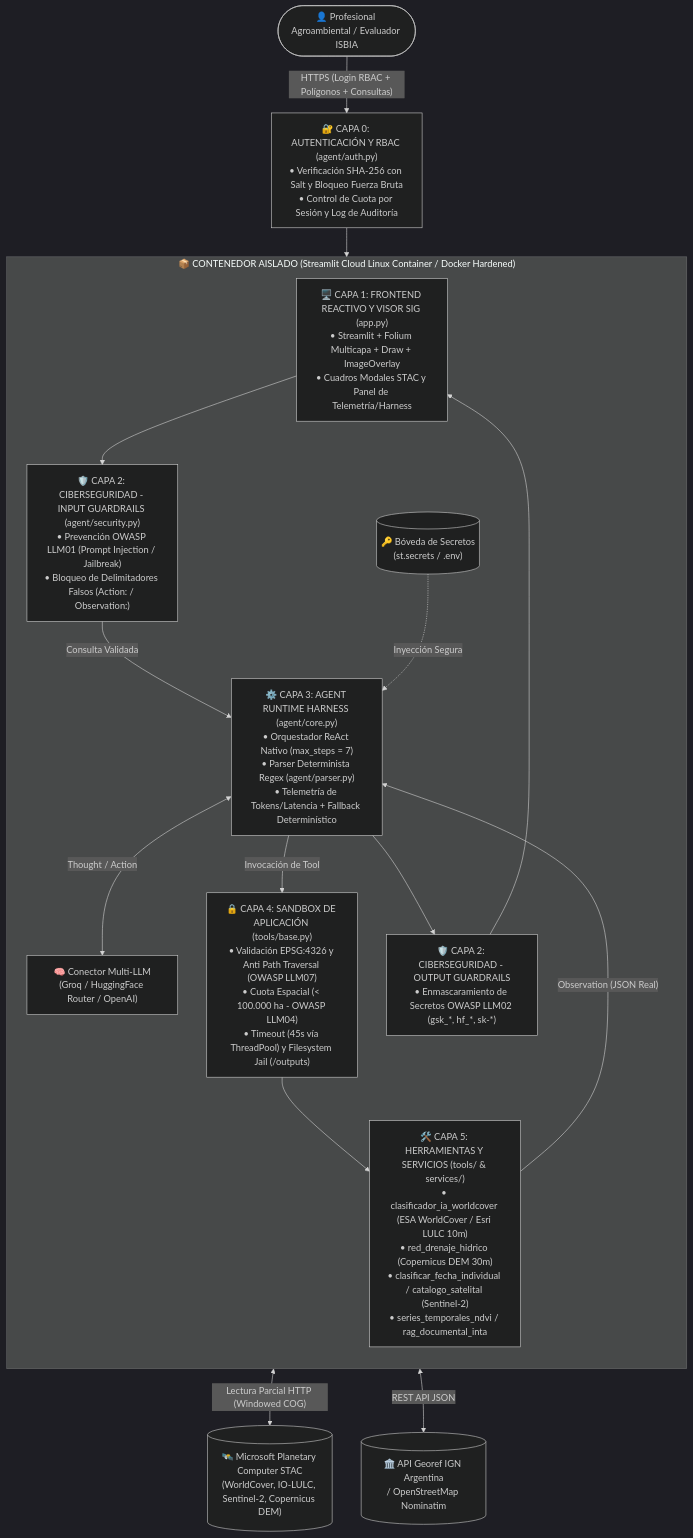
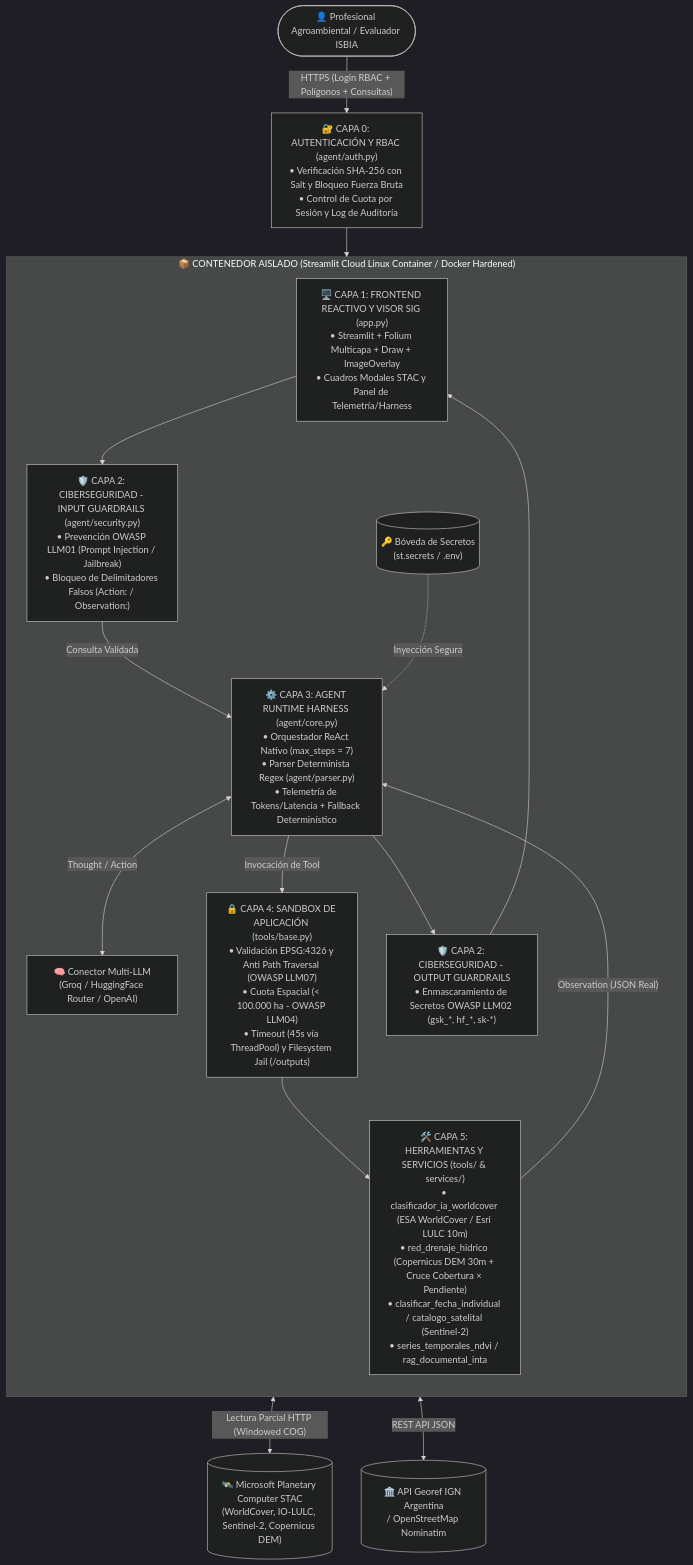
Before and after one commit to intacalculemus/AG_TFI_diplo: the diagram in INFORME_INTEGRAL_TFI_ISBIA.md, drawn with Mermaid (dark theme). The commit also changed other lines of this file and 5 other files, not shown here.

````diff
--- a/INFORME_INTEGRAL_TFI_ISBIA.md
+++ b/INFORME_INTEGRAL_TFI_ISBIA.md
@@ -213,29 +214,29 @@
 ```mermaid
 flowchart TD
     User(["👤 Profesional Agroambiental / Evaluador ISBIA"]) -->|"HTTPS (Login RBAC + Polígonos + Consultas)"| Auth["🔐 CAPA 0: AUTENTICACIÓN Y RBAC (agent/auth.py)\n• Verificación SHA-256 con Salt y Bloqueo Fuerza Bruta\n• Control de Cuota por Sesión y Log de Auditoría"]
 
     Auth --> UI["🖥️ CAPA 1: FRONTEND REACTIVO Y VISOR SIG (app.py)\n• Streamlit + Folium Multicapa + Draw + ImageOverlay\n• Cuadros Modales STAC y Panel de Telemetría/Harness"]
 
     subgraph CloudContainer["📦 CONTENEDOR AISLADO (Streamlit Cloud Linux Container / Docker Hardened)"]
         direction TB
         Secrets[("🔑 Bóveda de Secretos\n(st.secrets / .env)")]
         UI --> InputGuard["🛡️ CAPA 2: CIBERSEGURIDAD - INPUT GUARDRAILS (agent/security.py)\n• Prevención OWASP LLM01 (Prompt Injection / Jailbreak)\n• Bloqueo de Delimitadores Falsos (Action: / Observation:)"]
         
         InputGuard -->|"Consulta Validada"| Harness["⚙️ CAPA 3: AGENT RUNTIME HARNESS (agent/core.py)\n• Orquestador ReAct Nativo (max_steps = 7)\n• Parser Determinista Regex (agent/parser.py)\n• Telemetría de Tokens/Latencia + Fallback Determinístico"]
         
         Secrets -.->|"Inyección Segura"| Harness
         
         Harness <-->|"Thought / Action"| LLM_Client["🧠 Conector Multi-LLM\n(Groq / HuggingFace Router / OpenAI)"]
         
         Harness -->|"Invocación de Tool"| AppSandbox["🔒 CAPA 4: SANDBOX DE APLICACIÓN (tools/base.py)\n• Validación EPSG:4326 y Anti Path Traversal (OWASP LLM07)\n• Cuota Espacial (< 100.000 ha - OWASP LLM04)\n• Timeout (45s vía ThreadPool) y Filesystem Jail (/outputs)"]
         
-        AppSandbox --> Tools["🛠️ CAPA 5: HERRAMIENTAS Y SERVICIOS (tools/ & services/)\n• clasificador_ia_worldcover (ESA WorldCover / Esri LULC 10m)\n• red_drenaje_hidrico (Copernicus DEM 30m)\n• clasificar_fecha_individual / catalogo_satelital (Sentinel-2)\n• series_temporales_ndvi / rag_documental_inta"]
+        AppSandbox --> Tools["🛠️ CAPA 5: HERRAMIENTAS Y SERVICIOS (tools/ & services/)\n• clasificador_ia_worldcover (ESA WorldCover / Esri LULC 10m)\n• red_drenaje_hidrico (Copernicus DEM 30m + Cruce Cobertura × Pendiente)\n• clasificar_fecha_individual / catalogo_satelital (Sentinel-2)\n• series_temporales_ndvi / rag_documental_inta"]
         
         Tools -->|"Observation (JSON Real)"| Harness
         Harness --> OutputGuard["🛡️ CAPA 2: CIBERSEGURIDAD - OUTPUT GUARDRAILS\n• Enmascaramiento de Secretos OWASP LLM02 (gsk_*, hf_*, sk-*)"]
         OutputGuard --> UI
     end
 
     Tools <-->|"Lectura Parcial HTTP (Windowed COG)"| STAC[("🛰️ Microsoft Planetary Computer STAC\n(WorldCover, IO-LULC, Sentinel-2, Copernicus DEM)")]
     Tools <-->|"REST API JSON"| Georef[("🏛️ API Georef IGN Argentina\n/ OpenStreetMap Nominatim")]
 ```
````
